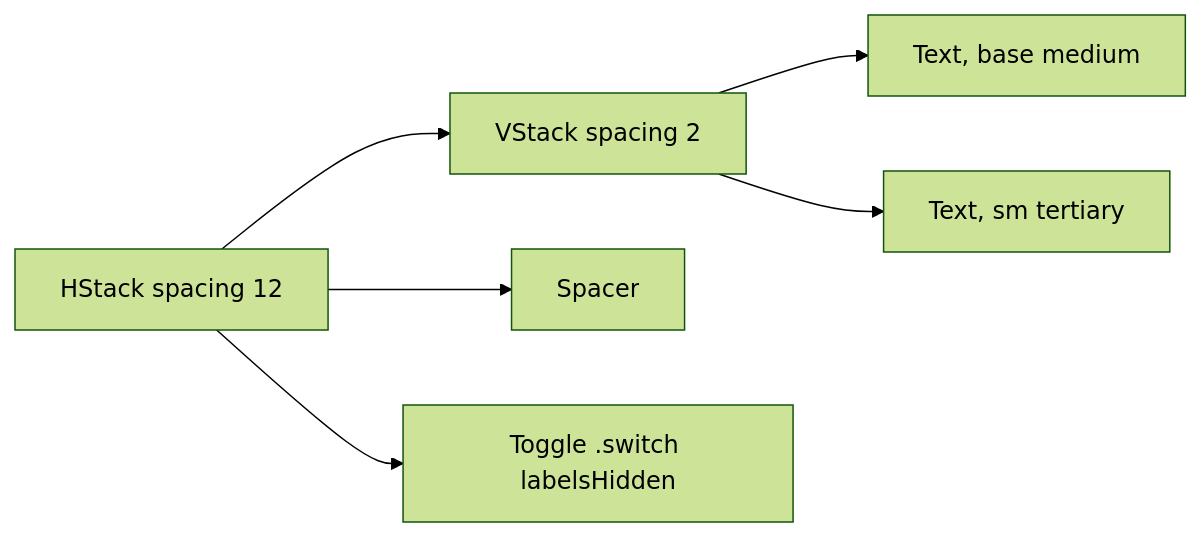
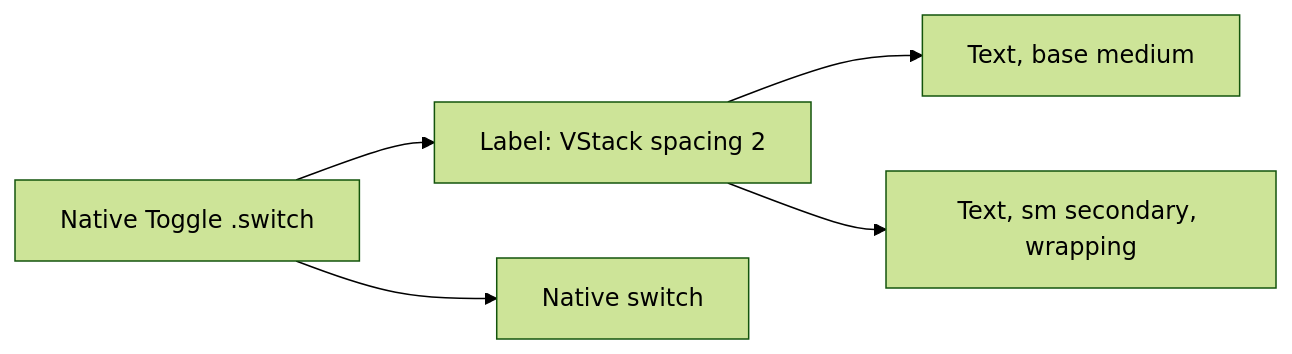
Before and after one commit to MrDemonWolf/wolfwave: the diagram in design-system/components/toggle-setting-row.md, drawn with Mermaid (forest theme). The commit also changed other lines of this file and 83 other files, not shown here.

First line of the commit message:
fix(native): settings spacing, scene-based settings window, About artwork (#524)

````diff
--- a/design-system/components/toggle-setting-row.md
+++ b/design-system/components/toggle-setting-row.md
@@ -38,8 +38,7 @@
 ```mermaid
 graph LR
-  Row[HStack spacing 12] --> TextStack[VStack spacing 2]
+  Row[Native Toggle .switch] --> TextStack[Label: VStack spacing 2]
   TextStack --> Title[Text, base medium]
-  TextStack --> Subtitle[Text, sm tertiary]
-  Row --> Spacer
-  Row --> Toggle[Toggle .switch labelsHidden]
+  TextStack --> Subtitle[Text, sm secondary, wrapping]
+  Row --> Switch[Native switch]
 ```
````
